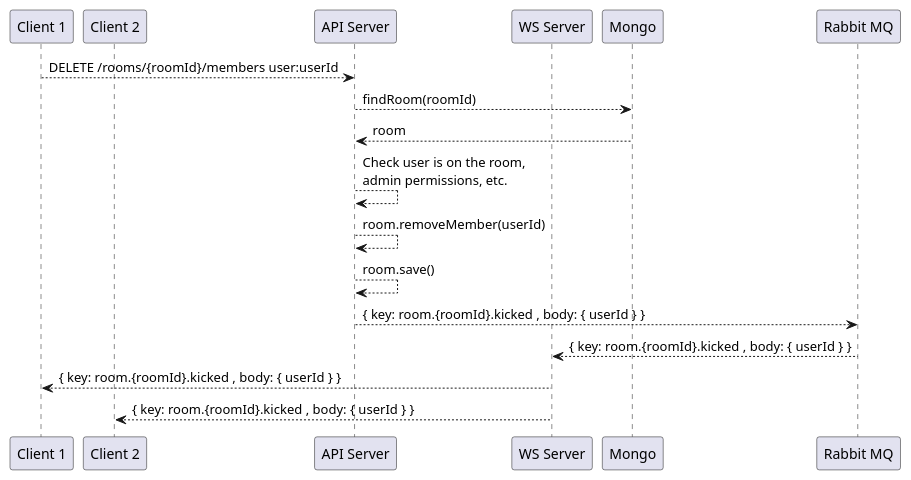
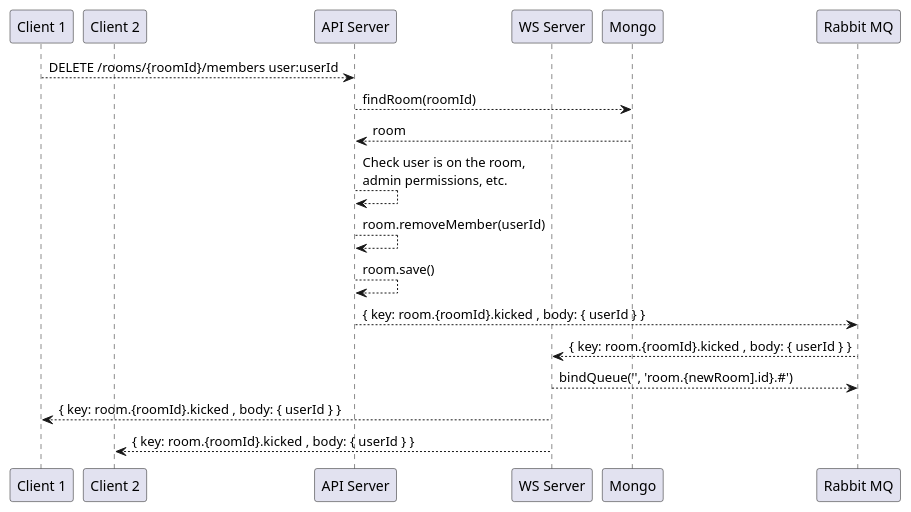
One commit to ahoy-app/documentation changed the diagram in diagrams/kick_user.pu. Above: the diagram before and after it, drawn with PlantUML. The commit also changed 2 other files, not shown here.

```diff
--- a/diagrams/kick_user.pu
+++ b/diagrams/kick_user.pu
@@ -1,28 +1,30 @@
 @startuml
 skinparam componentStyle uml2
 
 participant "Client 1" as c1
 participant "Client 2" as c2
 
 participant "API Server" as as
 participant "WS Server" as ws
 
 participant "Mongo" as mdb
 
 participant "Rabbit MQ" as rbb
 
 
 c1 --> as : DELETE /rooms/{roomId}/members user:userId
 as --> mdb : findRoom(roomId)
 as <-- mdb : room
 as --> as : Check user is on the room,\nadmin permissions, etc.
 as --> as : room.removeMember(userId)
 as --> as : room.save()
 as --> rbb : { key: room.{roomId}.kicked , body: { userId } }
 
 rbb --> ws : { key: room.{roomId}.kicked , body: { userId } }
 
+ws --> rbb : bindQueue('', 'room.{newRoom].id}.#')
+
 ws --> c1 : { key: room.{roomId}.kicked , body: { userId } }
 ws --> c2 : { key: room.{roomId}.kicked , body: { userId } }
 
 @enduml
```
